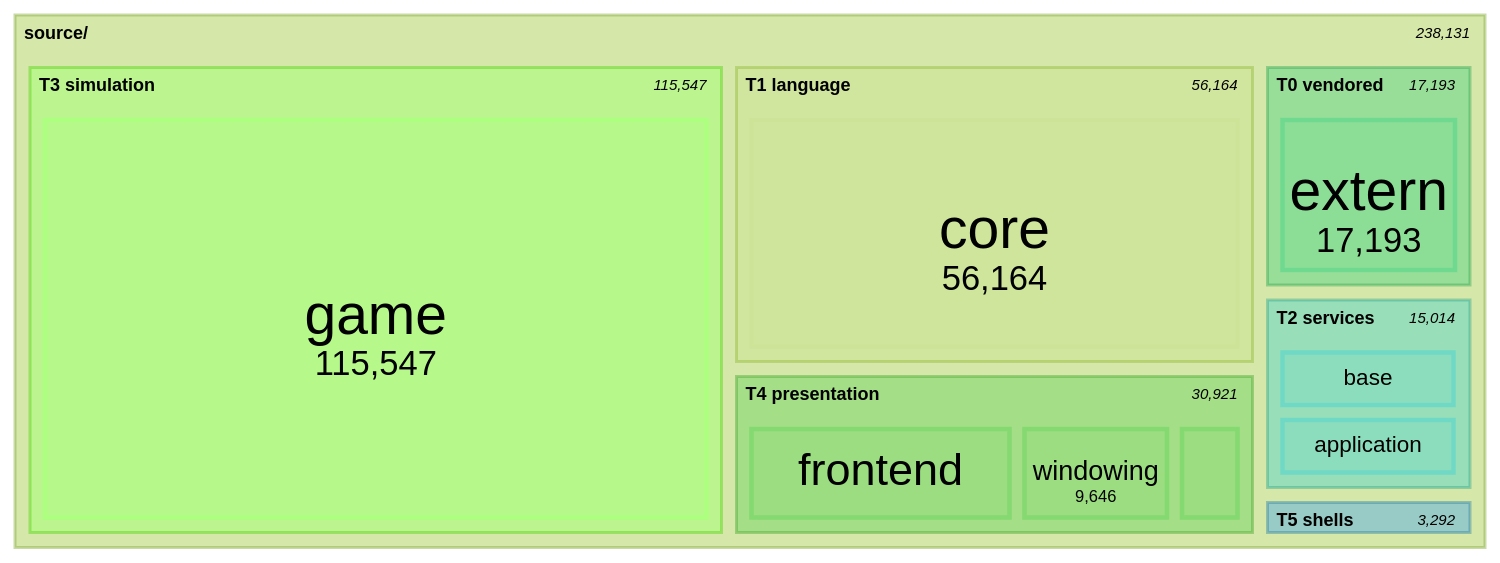
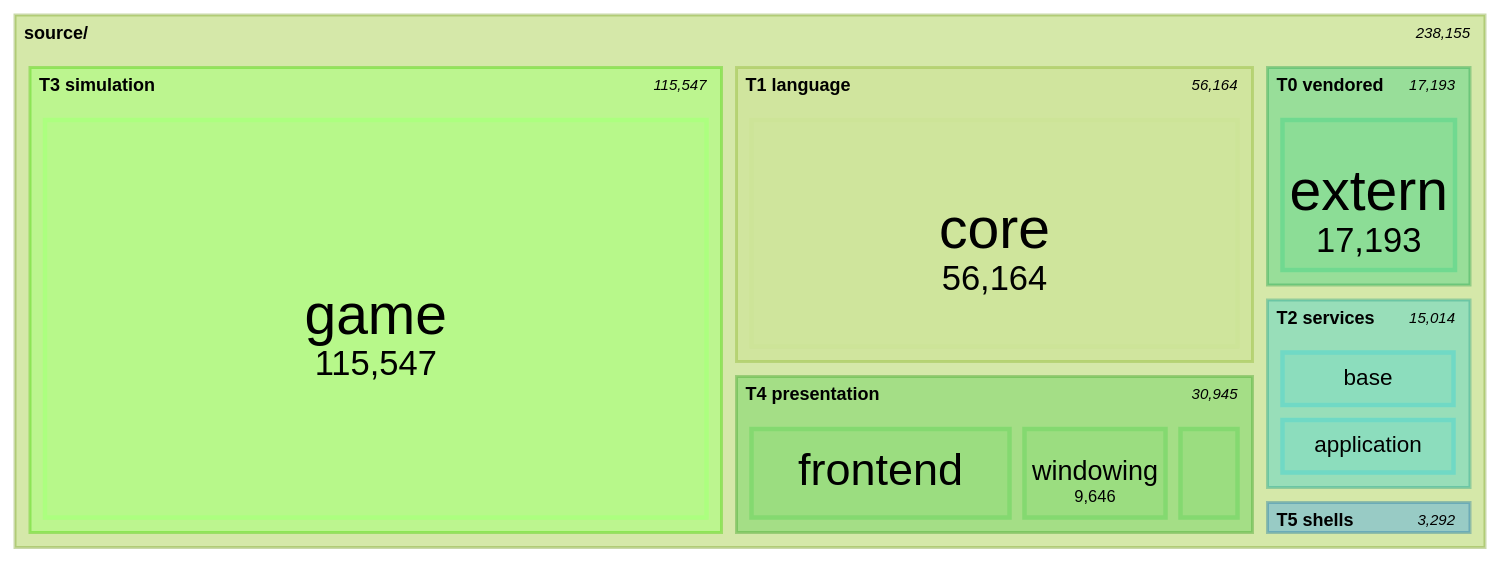
The seventh of 11 diagrams in docs/architecture/system-boundaries.md (apnex/OpenStarbound), drawn with Mermaid (forest theme) before and after one commit. The commit also changed other lines of this file and 1 other file, not shown here.

````diff
--- a/docs/architecture/system-boundaries.md
+++ b/docs/architecture/system-boundaries.md
@@ -577,21 +577,21 @@
 ```mermaid
 treemap-beta
 "source/"
     "T0 vendored"
         "extern": 17193
     "T1 language"
         "core": 56164
     "T2 services"
         "base": 7449
         "application": 7423
         "platform": 142
     "T3 simulation"
         "game": 115547
     "T4 presentation"
         "frontend": 16861
         "windowing": 9646
-        "rendering": 4414
+        "rendering": 4438
     "T5 shells"
         "client": 2509
         "server": 783
 ```
````
